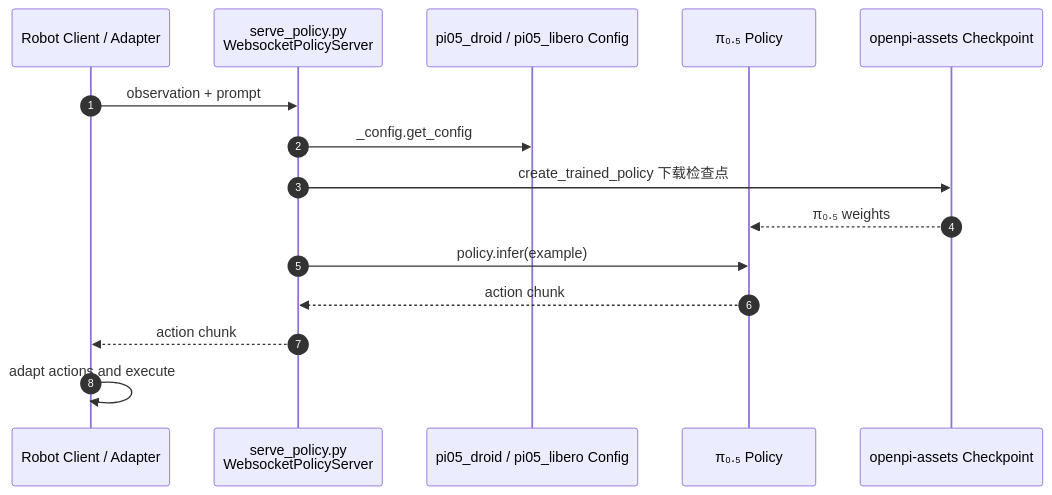
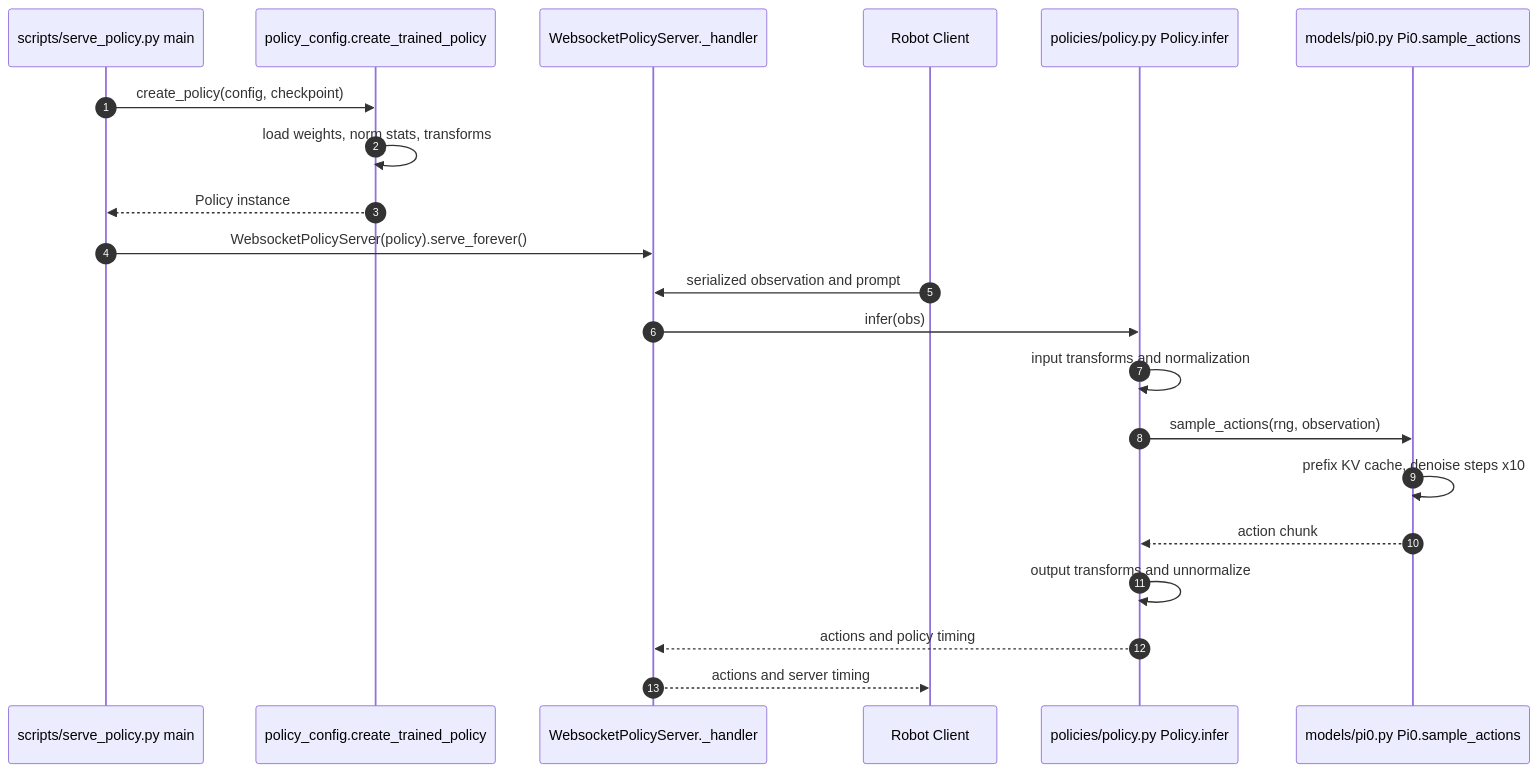
One commit to ImChong/Robotics_Notebooks changed the third of 3 diagrams in wiki/entities/paper-pi05-open-world-vla.md. Above: the diagram before and after it, drawn with Mermaid. The commit also changed other lines of this file, not shown here.

````diff
--- a/wiki/entities/paper-pi05-open-world-vla.md
+++ b/wiki/entities/paper-pi05-open-world-vla.md
@@ -168,17 +168,23 @@
 ```mermaid
 sequenceDiagram
   autonumber
-  participant Robot as Robot Client / Adapter
-  participant Server as serve_policy.py<br/>WebsocketPolicyServer
-  participant Config as pi05_droid / pi05_libero Config
-  participant Model as π₀.₅ Policy
-  participant Store as openpi-assets Checkpoint
-  Robot->>Server: observation + prompt
-  Server->>Config: _config.get_config
-  Server->>Store: create_trained_policy 下载检查点
-  Store-->>Model: π₀.₅ weights
-  Server->>Model: policy.infer(example)
-  Model-->>Server: action chunk
-  Server-->>Robot: action chunk
-  Robot->>Robot: adapt actions and execute
+  participant Main as scripts/serve_policy.py main
+  participant Config as policy_config.create_trained_policy
+  participant Server as WebsocketPolicyServer._handler
+  participant Robot as Robot Client
+  participant Policy as policies/policy.py Policy.infer
+  participant Model as models/pi0.py Pi0.sample_actions
+  Main->>Config: create_policy(config, checkpoint)
+  Config->>Config: load weights, norm stats, transforms
+  Config-->>Main: Policy instance
+  Main->>Server: WebsocketPolicyServer(policy).serve_forever()
+  Robot->>Server: serialized observation and prompt
+  Server->>Policy: infer(obs)
+  Policy->>Policy: input transforms and normalization
+  Policy->>Model: sample_actions(rng, observation)
+  Model->>Model: prefix KV cache, denoise steps x10
+  Model-->>Policy: action chunk
+  Policy->>Policy: output transforms and unnormalize
+  Policy-->>Server: actions and policy timing
+  Server-->>Robot: actions and server timing
 ```
````
